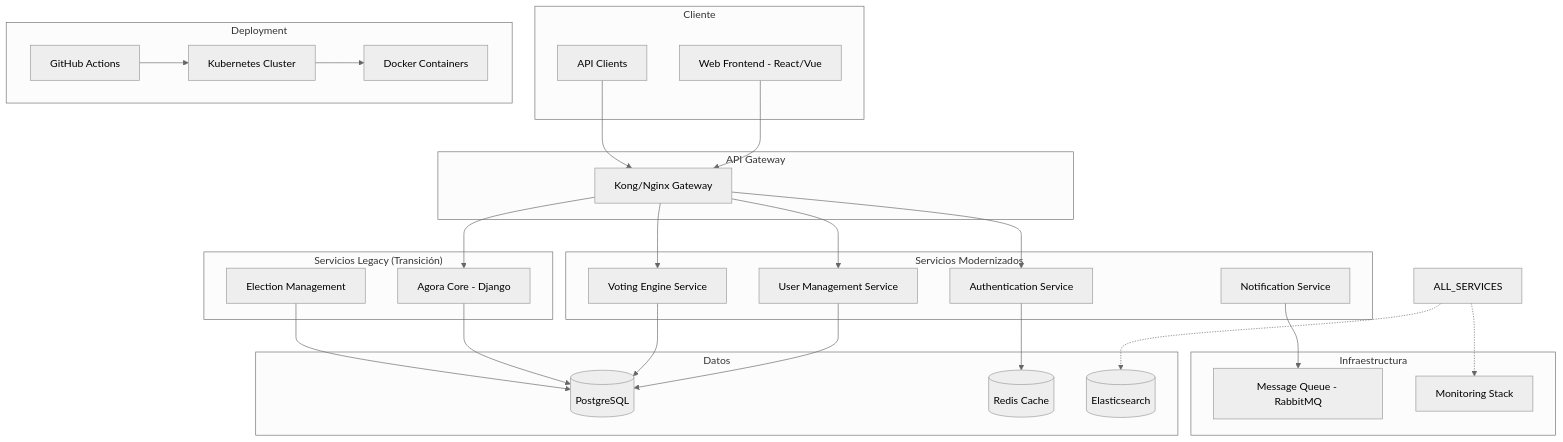
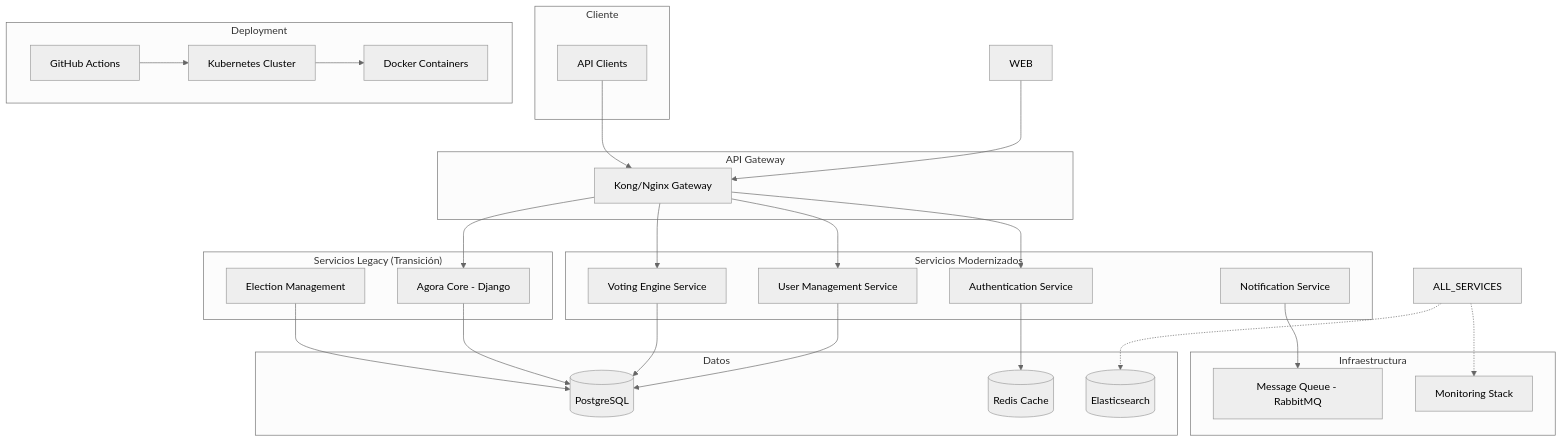
The first of 4 diagrams in AnalisisIAG/Entregas/Entrega Semana 7 Grupo 10.md (JulioCesarForero/agora-ciudadana), drawn with Mermaid (neutral theme) before and after one commit. The commit also changed other lines of this file, not shown here.

````diff
--- a/AnalisisIAG/Entregas/Entrega Semana 7 Grupo 10.md
+++ b/AnalisisIAG/Entregas/Entrega Semana 7 Grupo 10.md
@@ -63,61 +63,60 @@
 ```mermaid
 graph TB
     subgraph "Cliente"
-        WEB[Web Frontend - React/Vue]
         API_CLIENT[API Clients]
     end
 
     subgraph "API Gateway"
         GATEWAY[Kong/Nginx Gateway]
     end
 
     subgraph "Servicios Modernizados"
         USER_SVC[User Management Service]
         AUTH_SVC[Authentication Service]
         VOTING_SVC[Voting Engine Service]
         NOTIFICATION_SVC[Notification Service]
     end
 
     subgraph "Servicios Legacy (Transición)"
         AGORA_CORE[Agora Core - Django]
         ELECTION_CORE[Election Management]
     end
 
     subgraph "Datos"
         POSTGRES[(PostgreSQL)]
         REDIS[(Redis Cache)]
         SEARCH[(Elasticsearch)]
     end
 
     subgraph "Infraestructura"
         QUEUE[Message Queue - RabbitMQ]
         MONITOR[Monitoring Stack]
     end
 
     subgraph "Deployment"
         DOCKER[Docker Containers]
         K8S[Kubernetes Cluster]
         CI_CD[GitHub Actions]
     end
 
     WEB --> GATEWAY
     API_CLIENT --> GATEWAY
     GATEWAY --> USER_SVC
     GATEWAY --> AUTH_SVC
     GATEWAY --> VOTING_SVC
     GATEWAY --> AGORA_CORE
     
     USER_SVC --> POSTGRES
     AUTH_SVC --> REDIS
     VOTING_SVC --> POSTGRES
     NOTIFICATION_SVC --> QUEUE
     
     AGORA_CORE --> POSTGRES
     ELECTION_CORE --> POSTGRES
     
     ALL_SERVICES -.-> SEARCH
     ALL_SERVICES -.-> MONITOR
     
     K8S --> DOCKER
     CI_CD --> K8S
 ```
````
